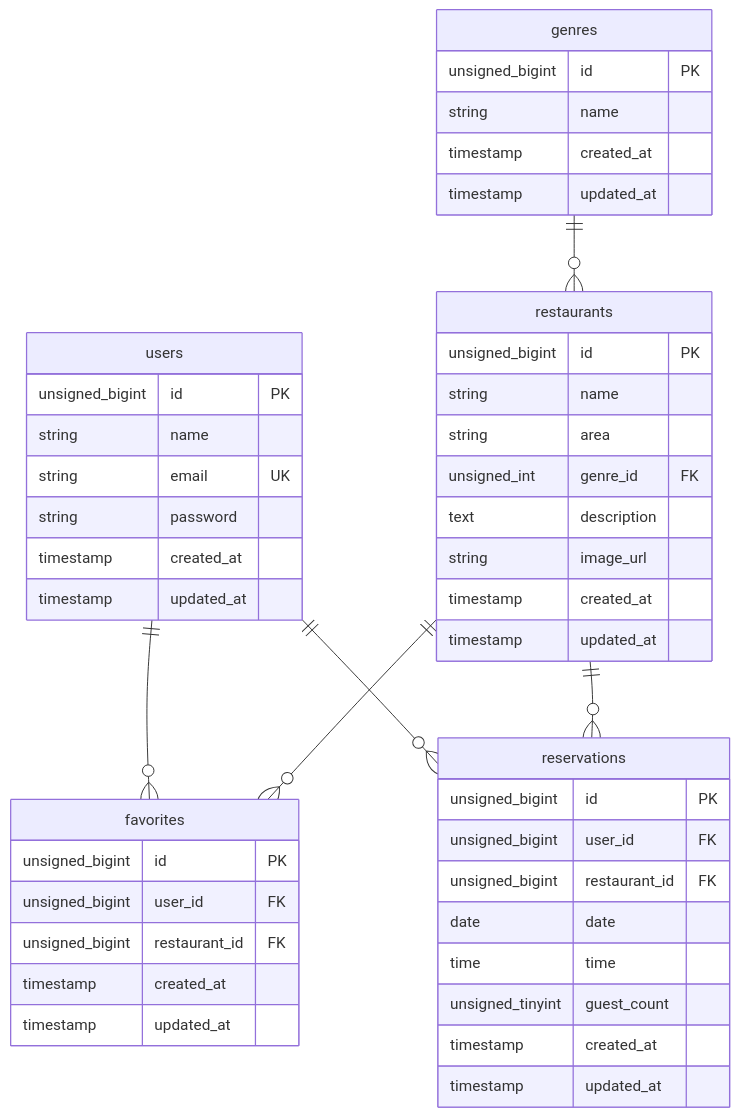
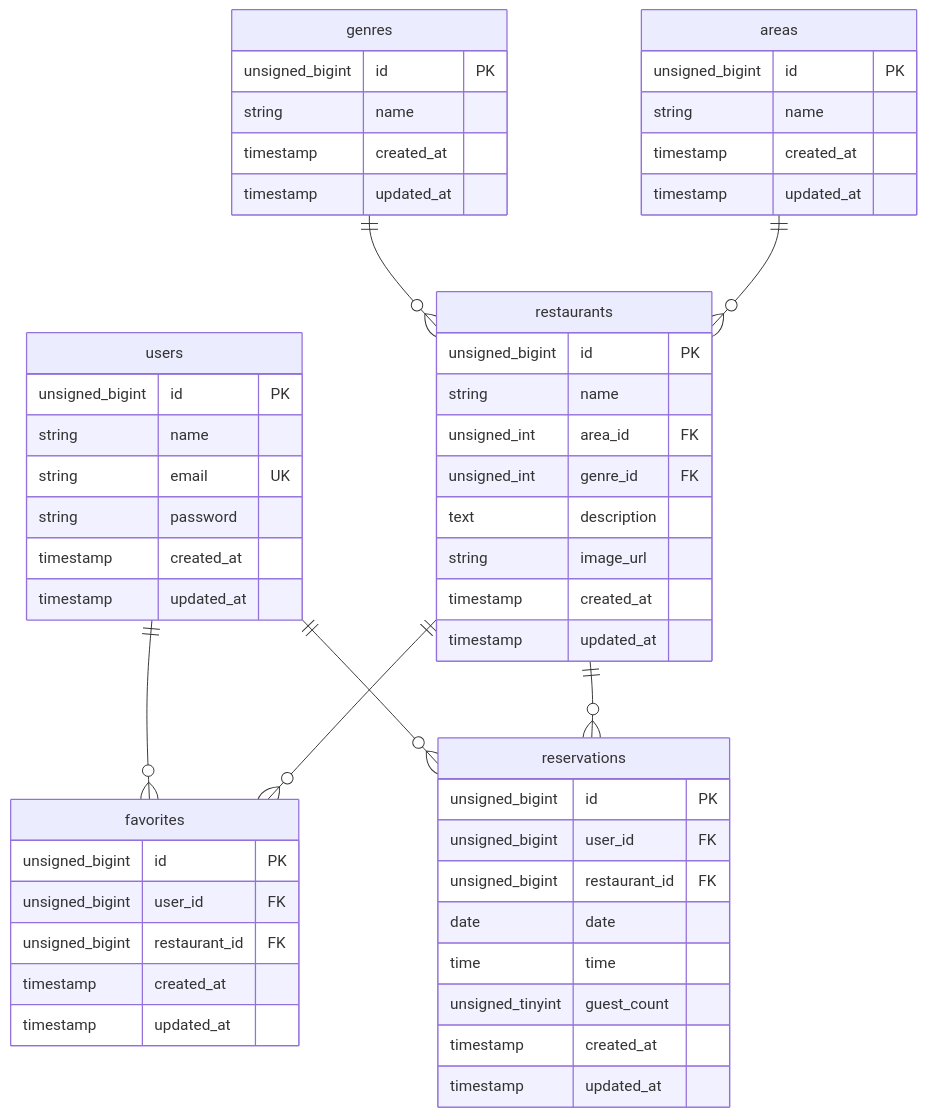
One commit to itoro967/Rese changed the diagram in README.md. Above: the diagram before and after it, drawn with Mermaid. The commit also changed 25 other files, not shown here.

````diff
--- a/README.md
+++ b/README.md
@@ -21,50 +21,57 @@
 ```mermaid
 erDiagram
 
 users ||--o{ favorites:""
 restaurants ||--o{ favorites:""
 users ||--o{ reservations:""
 restaurants ||--o{ reservations:""
 genres ||--o{ restaurants:""
+areas ||--o{ restaurants:""
 users{
     unsigned_bigint id PK
     string name
     string email UK
     string password
     timestamp created_at
     timestamp updated_at
 }
 favorites{
     unsigned_bigint id PK
     unsigned_bigint user_id FK
     unsigned_bigint restaurant_id FK
     timestamp created_at
     timestamp updated_at
 }
 reservations{
     unsigned_bigint id PK
     unsigned_bigint user_id FK
     unsigned_bigint restaurant_id FK
     date date
     time time
     unsigned_tinyint guest_count
     timestamp created_at
     timestamp updated_at
 }
 restaurants{
     unsigned_bigint id PK
     string name
-    string area
+    unsigned_int area_id FK
     unsigned_int genre_id FK
     text description
     string image_url
     timestamp created_at
     timestamp updated_at
 }
 genres{
     unsigned_bigint id PK
     string name
     timestamp created_at
     timestamp updated_at
 }
+areas{
+    unsigned_bigint id PK
+    string name
+    timestamp created_at
+    timestamp updated_at
+}
 ```
````
